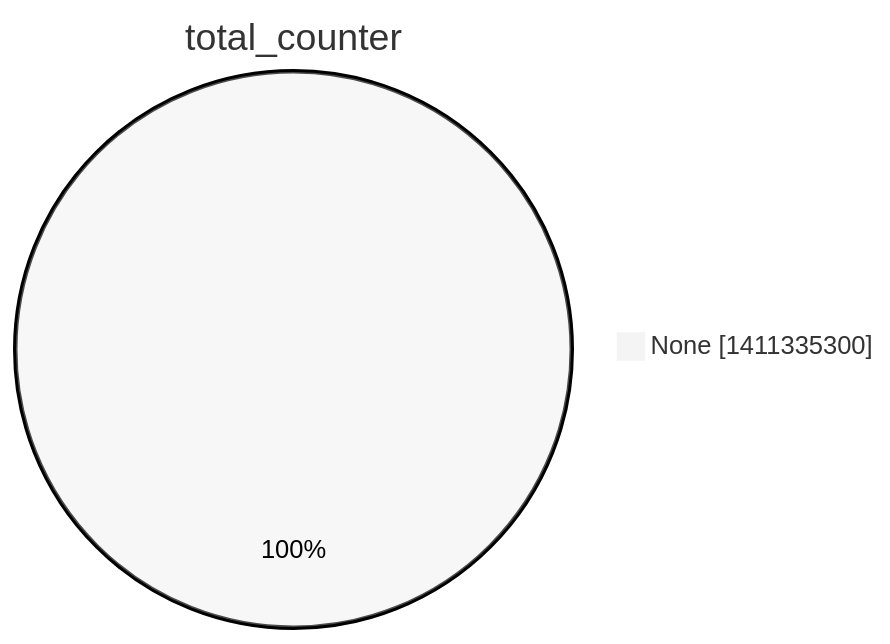
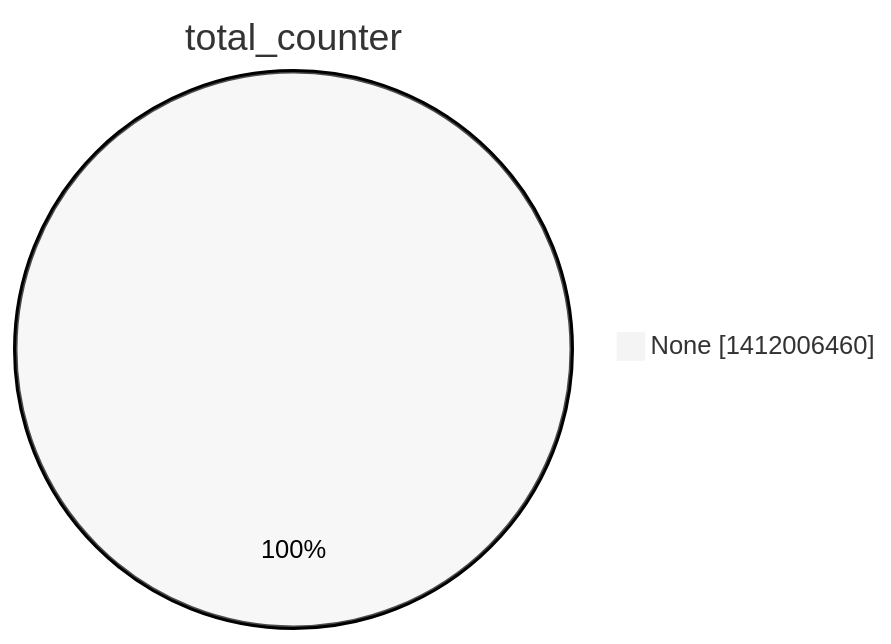
Before and after one commit to christiankrug/ctmonitor_visualization: the second of 15 diagrams in argon2022/README.md, drawn with Mermaid (neutral theme). The commit also changed other lines of this file, not shown here.

````diff
--- a/argon2022/README.md
+++ b/argon2022/README.md
@@ -9,5 +9,5 @@
 ```mermaid
 pie showData
 title total_counter
-"None" :1411335300
+"None" :1412006460
 ```
````
